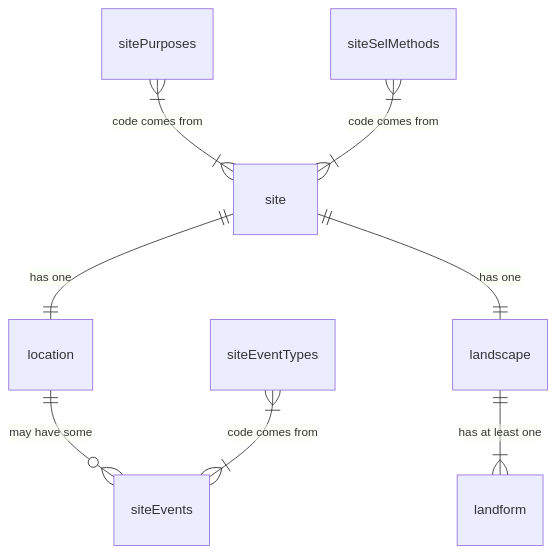
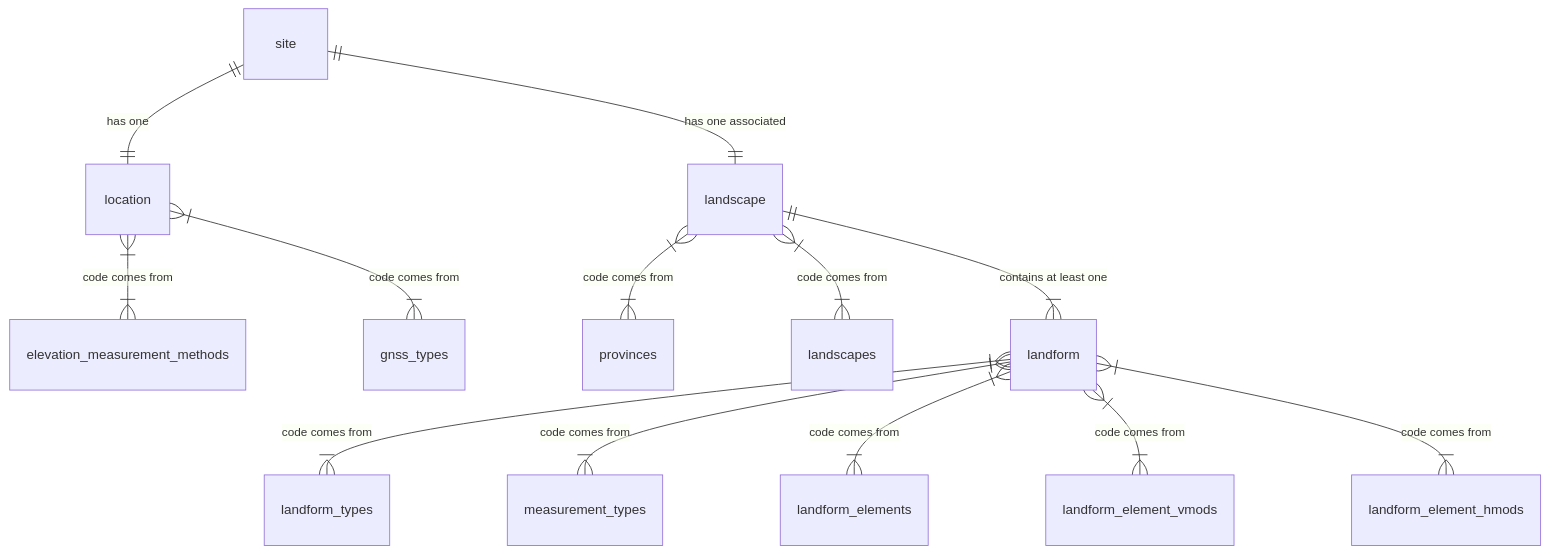
One commit to manaakiwhenua/NZ_soildesc_2024 changed the second of 18 diagrams in ap_03_database_design.qmd. Above: the diagram before and after it, drawn with Mermaid. The commit also changed other lines of this file, not shown here.

````diff
--- a/ap_03_database_design.qmd
+++ b/ap_03_database_design.qmd
@@ -59,14 +61,19 @@
 ```{mermaid}
 %%| fig-cap: "Overview - including support tables"
 
+%%{ init: { 'er': { 'layoutDirection': 'LR' } } }%%
 erDiagram
   site ||--|| location : "has one"
-  location ||--o{ siteEvents : "may have some"
-  sitePurposes }|--|{ site : "code comes from"
-  siteSelMethods }|--|{ site : "code comes from"
-  siteEventTypes  }|--|{ siteEvents : "code comes from"
-  site ||--|| landscape : "has one"
-  landscape ||--|{ landform : "has at least one"
-  
+  location }|--|{ elevation_measurement_methods : "code comes from"
+  location }|--|{ gnss_types : "code comes from"
+  site ||--|| landscape : "has one associated"
+  landscape }|--|{ provinces : "code comes from"
+  landscape }|--|{ landscapes : "code comes from"
+  landscape ||--|{ landform : "contains at least one"
+  landform }|--|{ landform_types : "code comes from"
+  landform }|--|{ measurement_types : "code comes from"
+  landform }|--|{ landform_elements : "code comes from"
+  landform }|--|{ landform_element_vmods : "code comes from"
+  landform }|--|{ landform_element_hmods : "code comes from"
 
 ```
````
